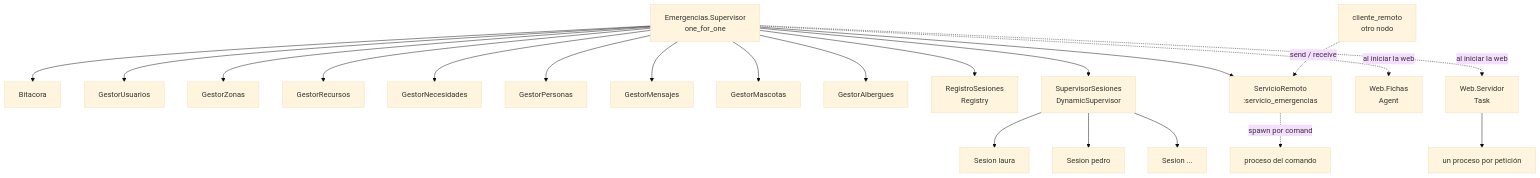
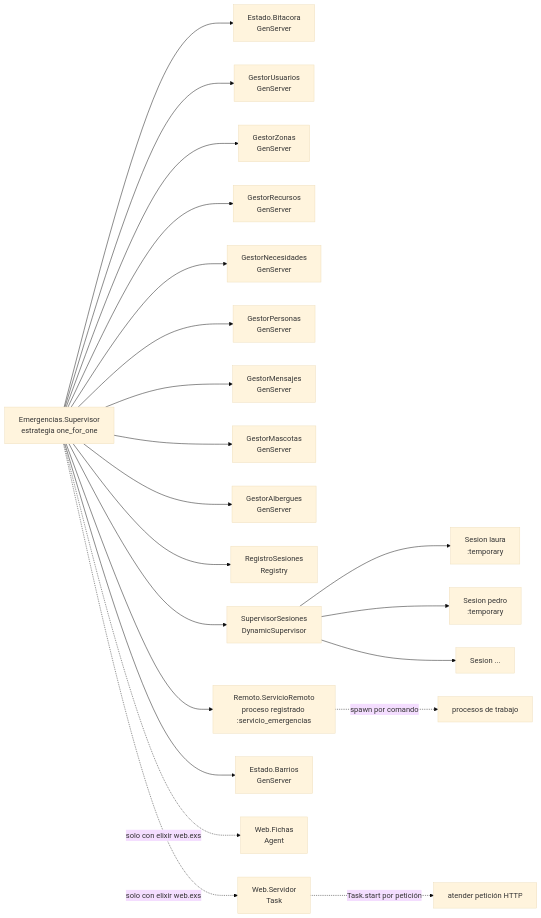
One commit to Joans-sebastian/proyecto-final-emergencias changed the fourth of 4 diagrams in README.md. Above: the diagram before and after it, drawn with Mermaid (base theme). The commit also changed other lines of this file, not shown here.

Commit message:
Actualizar diagramas del README

````diff
--- a/README.md
+++ b/README.md
@@ -280,23 +358,24 @@
 ```mermaid
-flowchart TB
-  S[Emergencias.Supervisor<br/>one_for_one] --> B[Bitacora]
-  S --> GU[GestorUsuarios]
-  S --> GZ[GestorZonas]
-  S --> GR[GestorRecursos]
-  S --> GN[GestorNecesidades]
-  S --> GP[GestorPersonas]
-  S --> GM[GestorMensajes]
-  S --> GMa[GestorMascotas]
-  S --> GA[GestorAlbergues]
+flowchart LR
+  S[Emergencias.Supervisor<br/>estrategia one_for_one]
+  S --> B[Estado.Bitacora<br/>GenServer]
+  S --> GU[GestorUsuarios<br/>GenServer]
+  S --> GZ[GestorZonas<br/>GenServer]
+  S --> GR[GestorRecursos<br/>GenServer]
+  S --> GN[GestorNecesidades<br/>GenServer]
+  S --> GP[GestorPersonas<br/>GenServer]
+  S --> GM[GestorMensajes<br/>GenServer]
+  S --> GMa[GestorMascotas<br/>GenServer]
+  S --> GA[GestorAlbergues<br/>GenServer]
   S --> REG[RegistroSesiones<br/>Registry]
   S --> DS[SupervisorSesiones<br/>DynamicSupervisor]
-  DS --> S1[Sesion laura]
-  DS --> S2[Sesion pedro]
+  S --> SR[Remoto.ServicioRemoto<br/>proceso registrado :servicio_emergencias]
+  S --> BA[Estado.Barrios<br/>GenServer]
+  DS --> S1[Sesion laura<br/>:temporary]
+  DS --> S2[Sesion pedro<br/>:temporary]
   DS --> S3[Sesion ...]
-  S --> SR[ServicioRemoto<br/>:servicio_emergencias]
-  C1[cliente_remoto<br/>otro nodo] -.send / receive.-> SR
-  SR -.spawn por comando.-> P2[proceso del comando]
-  S -.al iniciar la web.-> T[Web.Fichas<br/>Agent]
-  S -.al iniciar la web.-> W[Web.Servidor<br/>Task]
-  W --> P1[un proceso por petición]
+  SR -.->|spawn por comando| X[procesos de trabajo]
+  S -.->|solo con elixir web.exs| F[Web.Fichas<br/>Agent]
+  S -.->|solo con elixir web.exs| W[Web.Servidor<br/>Task]
+  W -.->|Task.start por petición| P1[atender petición HTTP]
 ```
````
